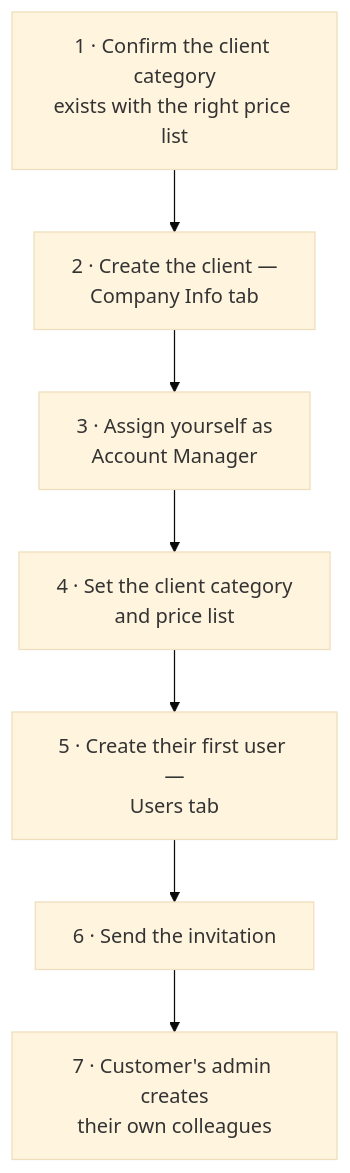
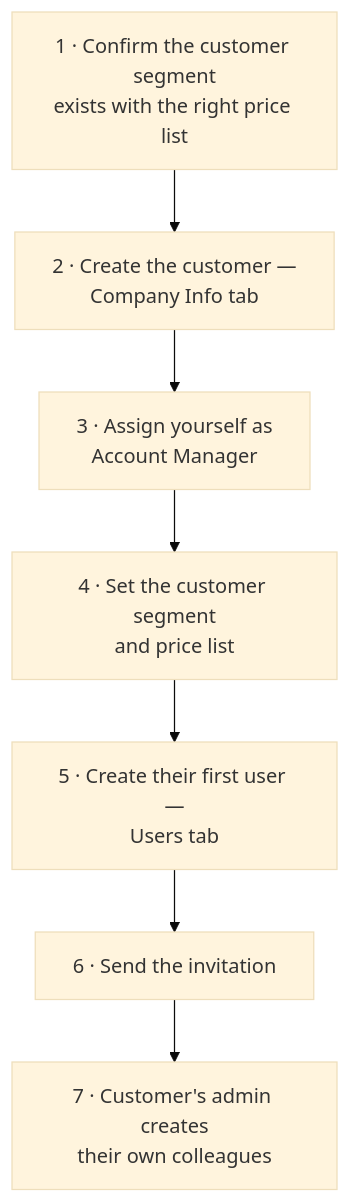
The diagram in docs/b2b_ecommerce_docs/_user_guide/011-Account-Manager-Portal-Client-Management.md (LaplaceSoftware/lp_projects_docs), drawn with Mermaid (base theme) before and after one commit. The commit also changed other lines of this file and 48 other files, not shown here.

````diff
--- a/docs/b2b_ecommerce_docs/_user_guide/011-Account-Manager-Portal-Client-Management.md
+++ b/docs/b2b_ecommerce_docs/_user_guide/011-Account-Manager-Portal-Client-Management.md
@@ -169,9 +168,9 @@
 ```mermaid
 flowchart TB
-    A["1 · Confirm the client category<br/>exists with the right price list"] --> B["2 · Create the client —<br/>Company Info tab"]
+    A["1 · Confirm the customer segment<br/>exists with the right price list"] --> B["2 · Create the customer —<br/>Company Info tab"]
     B --> C["3 · Assign yourself as<br/>Account Manager"]
-    C --> D["4 · Set the client category<br/>and price list"]
+    C --> D["4 · Set the customer segment<br/>and price list"]
     D --> E["5 · Create their first user —<br/>Users tab"]
     E --> F["6 · Send the invitation"]
     F --> G["7 · Customer's admin creates<br/>their own colleagues"]
 ```
````
